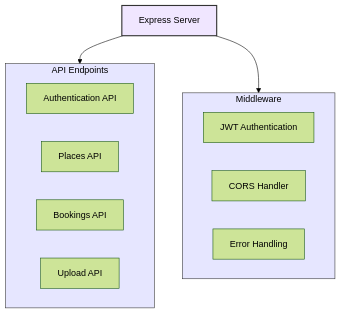
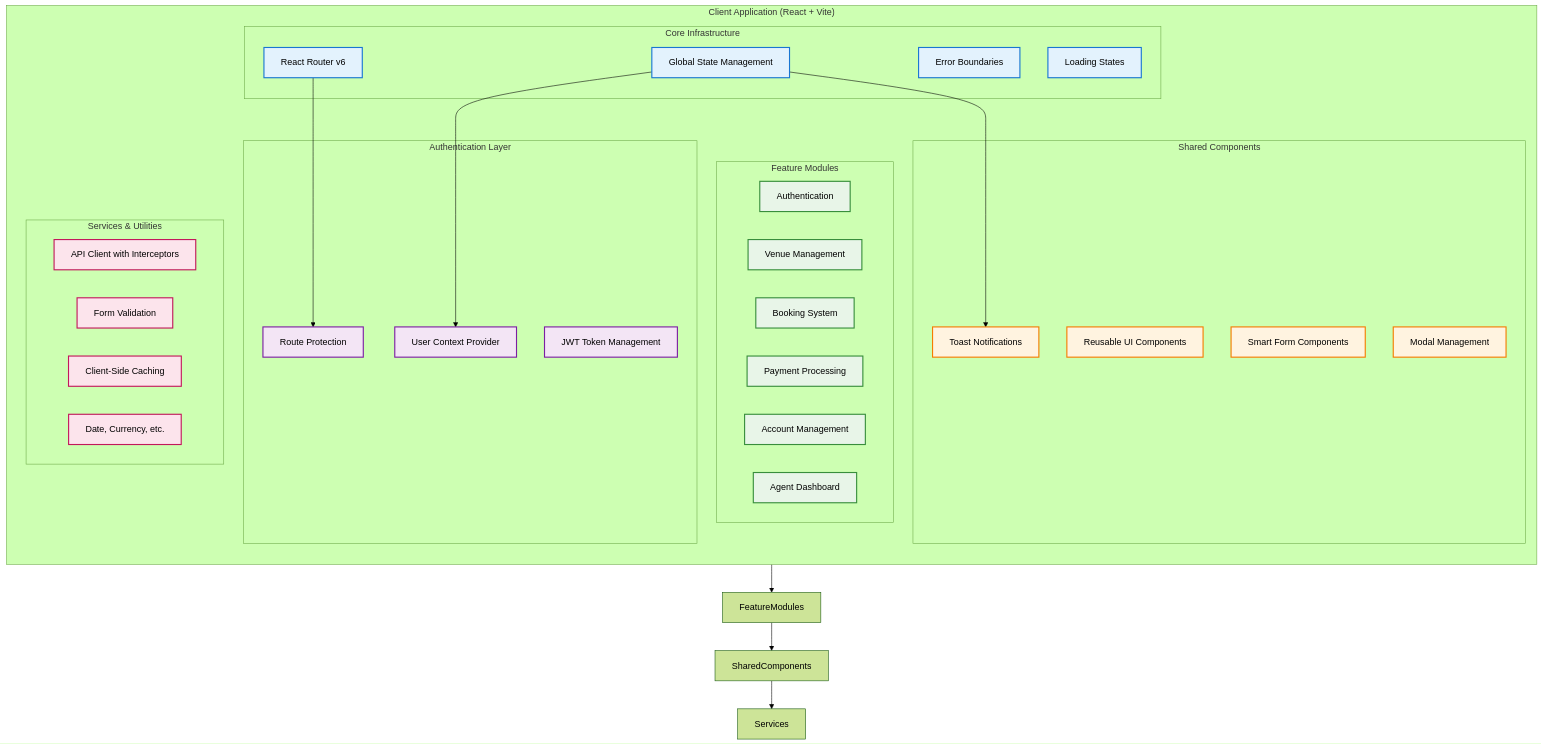
One commit to ConfHubTeam/ConferenceHub changed the third of 9 diagrams in README.md. Above: the diagram before and after it, drawn with Mermaid (forest theme). The commit also changed other lines of this file and 3 other files, not shown here.

````diff
--- a/README.md
+++ b/README.md
@@ -77,26 +227,61 @@
 ```mermaid
 graph TB
-    ExpressServer[Express Server]
-    
-    subgraph API[API Endpoints]
-        AuthAPI[Authentication API]
-        PlacesAPI[Places API]
-        BookingsAPI[Bookings API]
-        UploadAPI[Upload API]
+    subgraph "Client Application (React + Vite)"
+        direction TB
+        
+        subgraph "Core Infrastructure"
+            Router[React Router v6]
+            Context[Global State Management]
+            ErrorBoundary[Error Boundaries]
+            LoadingState[Loading States]
+        end
+        
+        subgraph "Authentication Layer"
+            AuthGuard[Route Protection]
+            UserContext[User Context Provider]
+            TokenManager[JWT Token Management]
+        end
+        
+        subgraph "Feature Modules"
+            AuthModule[Authentication]
+            VenueModule[Venue Management]
+            BookingModule[Booking System]
+            PaymentModule[Payment Processing]
+            AccountModule[Account Management]
+            AdminModule[Agent Dashboard]
+        end
+        
+        subgraph "Shared Components"
+            UIComponents[Reusable UI Components]
+            FormComponents[Smart Form Components]
+            ModalSystem[Modal Management]
+            NotificationSystem[Toast Notifications]
+        end
+        
+        subgraph "Services & Utilities"
+            APIService[API Client with Interceptors]
+            ValidationService[Form Validation]
+            CacheService[Client-Side Caching]
+            UtilityHelpers[Date, Currency, etc.]
+        end
     end
     
-    subgraph MW[Middleware]
-        JWT[JWT Authentication]
-        CORS[CORS Handler]
-        ErrorHandling[Error Handling]
-    end
+    Router --> AuthGuard
+    AuthGuard --> FeatureModules
+    FeatureModules --> SharedComponents
+    SharedComponents --> Services
+    Context --> UserContext
+    Context --> NotificationSystem
     
-    ExpressServer --> API
-    ExpressServer --> MW
+    classDef coreLayer fill:#e3f2fd,stroke:#1976d2,stroke-width:2px
+    classDef authLayer fill:#f3e5f5,stroke:#7b1fa2,stroke-width:2px
+    classDef featureLayer fill:#e8f5e8,stroke:#388e3c,stroke-width:2px
+    classDef componentLayer fill:#fff3e0,stroke:#f57c00,stroke-width:2px
+    classDef serviceLayer fill:#fce4ec,stroke:#c2185b,stroke-width:2px
     
-    classDef primary fill:#f0e6ff,stroke:#333,stroke-width:2px,color:#000000;
-    classDef secondary fill:#e6e6ff,stroke:#333,stroke-width:1px,color:#000000;
-    
-    class ExpressServer primary;
-    class API,MW secondary;
+    class Router,Context,ErrorBoundary,LoadingState coreLayer
+    class AuthGuard,UserContext,TokenManager authLayer
+    class AuthModule,VenueModule,BookingModule,PaymentModule,AccountModule,AdminModule featureLayer
+    class UIComponents,FormComponents,ModalSystem,NotificationSystem componentLayer
+    class APIService,ValidationService,CacheService,UtilityHelpers serviceLayer
 ```
````
